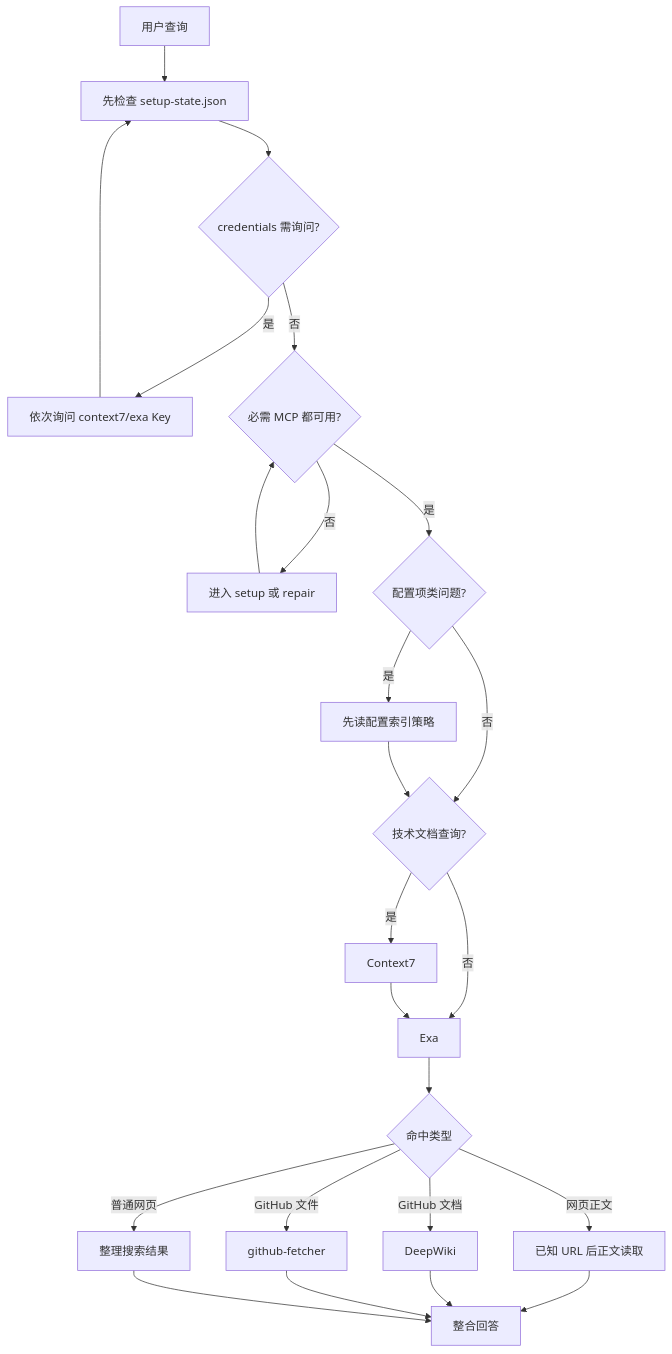
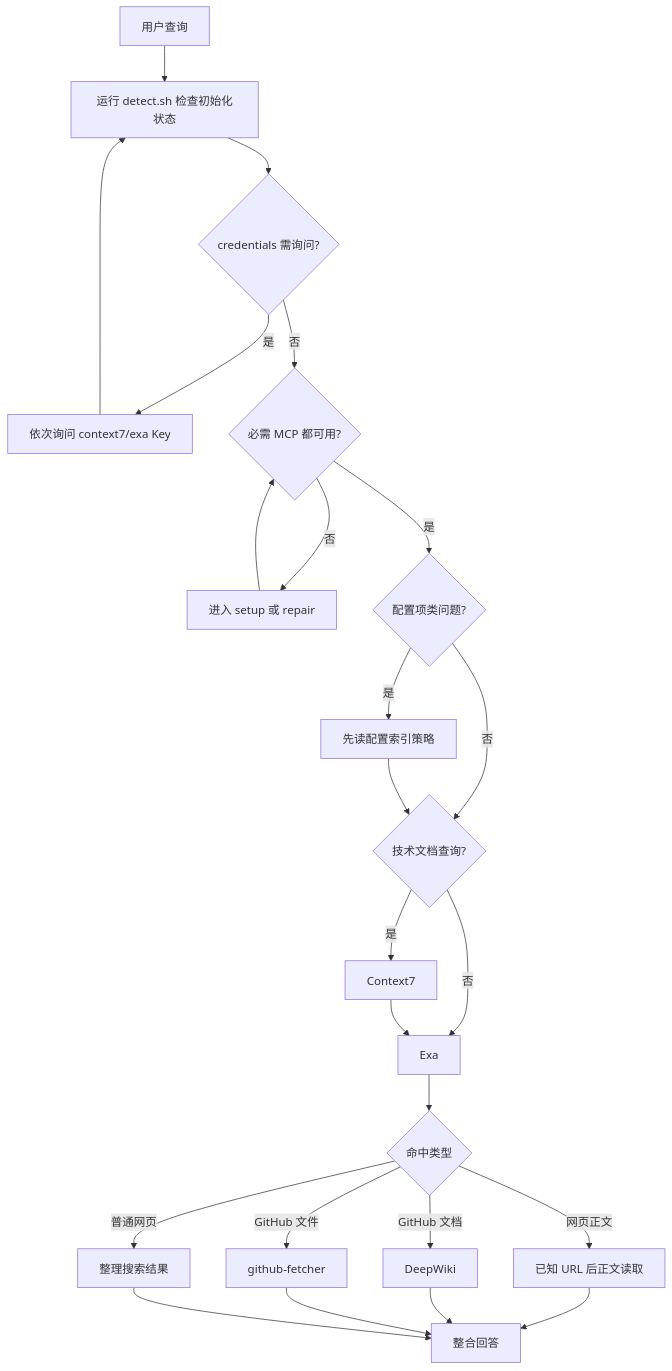
The first of 2 diagrams in skills/search-web/examples/usage.md (karthrand/karthrand-ai-public), drawn with Mermaid before and after one commit. The commit also changed other lines of this file and 3 other files, not shown here.

````diff
--- a/skills/search-web/examples/usage.md
+++ b/skills/search-web/examples/usage.md
@@ -16,26 +16,26 @@
 ```mermaid
 graph TD
-    A[用户查询] --> B[先检查 setup-state.json]
+    A[用户查询] --> B[运行 detect.sh 检查初始化状态]
     B --> C{credentials 需询问?}
     C -->|是| C1[依次询问 context7/exa Key]
     C1 --> B
     C -->|否| D{必需 MCP 都可用?}
     D -->|否| E[进入 setup 或 repair]
     E --> D
     D -->|是| F{配置项类问题?}
     F -->|是| G[先读配置索引策略]
     F -->|否| H{技术文档查询?}
     G --> H
     H -->|是| I[Context7]
     H -->|否| J[Exa]
     I --> J
     J --> K{命中类型}
     K -->|网页正文| L[已知 URL 后正文读取]
     K -->|GitHub 文档| M[DeepWiki]
     K -->|GitHub 文件| N[github-fetcher]
     K -->|普通网页| O[整理搜索结果]
     L --> P[整合回答]
     M --> P
     N --> P
     O --> P
 ```
````
